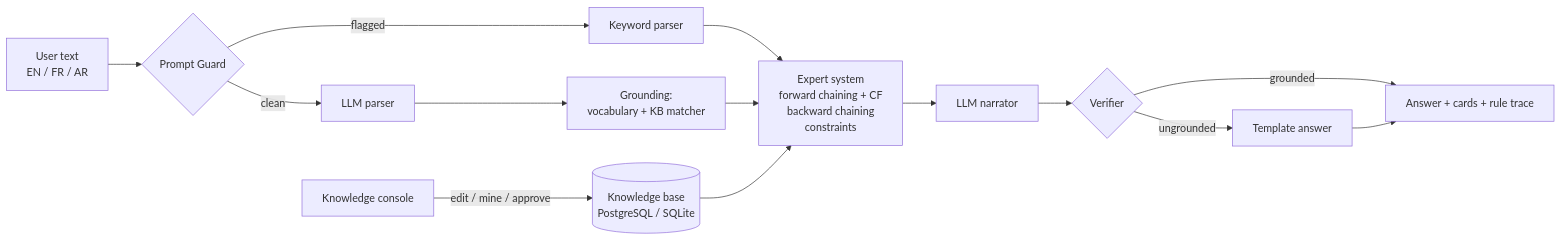
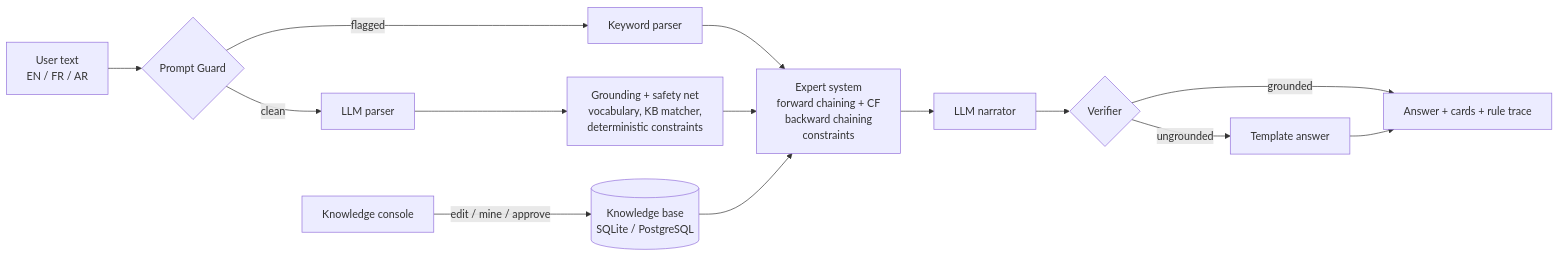
The diagram in README.md (ganoundihia/recipies_expert_system), drawn with Mermaid before and after one commit. The commit also changed other lines of this file and 36 other files, not shown here.

````diff
--- a/README.md
+++ b/README.md
@@ -75,15 +88,15 @@
 ```mermaid
 flowchart LR
     U[User text<br/>EN / FR / AR] --> G{Prompt Guard}
     G -- flagged --> K[Keyword parser]
     G -- clean --> P[LLM parser]
-    P --> R[Grounding:<br/>vocabulary + KB matcher]
+    P --> R[Grounding + safety net<br/>vocabulary, KB matcher,<br/>deterministic constraints]
     K --> E
     R --> E[Expert system<br/>forward chaining + CF<br/>backward chaining<br/>constraints]
-    KB[(Knowledge base<br/>PostgreSQL / SQLite)] --> E
+    KB[(Knowledge base<br/>SQLite / PostgreSQL)] --> E
     E --> N[LLM narrator]
     N --> V{Verifier}
     V -- grounded --> A[Answer + cards + rule trace]
     V -- ungrounded --> T[Template answer] --> A
     X[Knowledge console] -- edit / mine / approve --> KB
 ```
````
